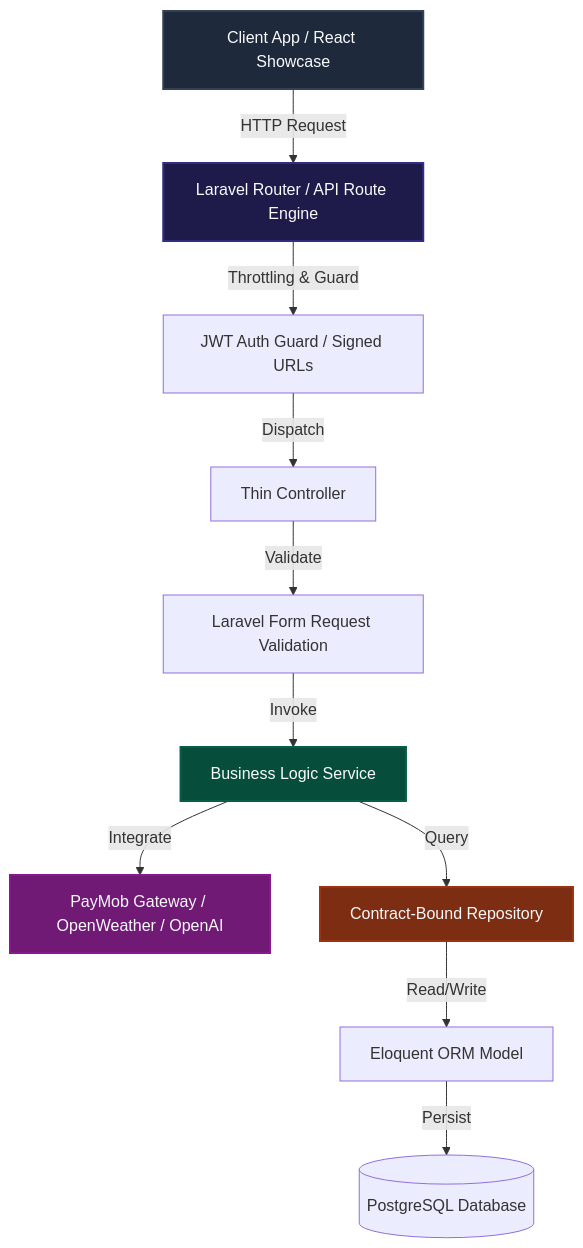
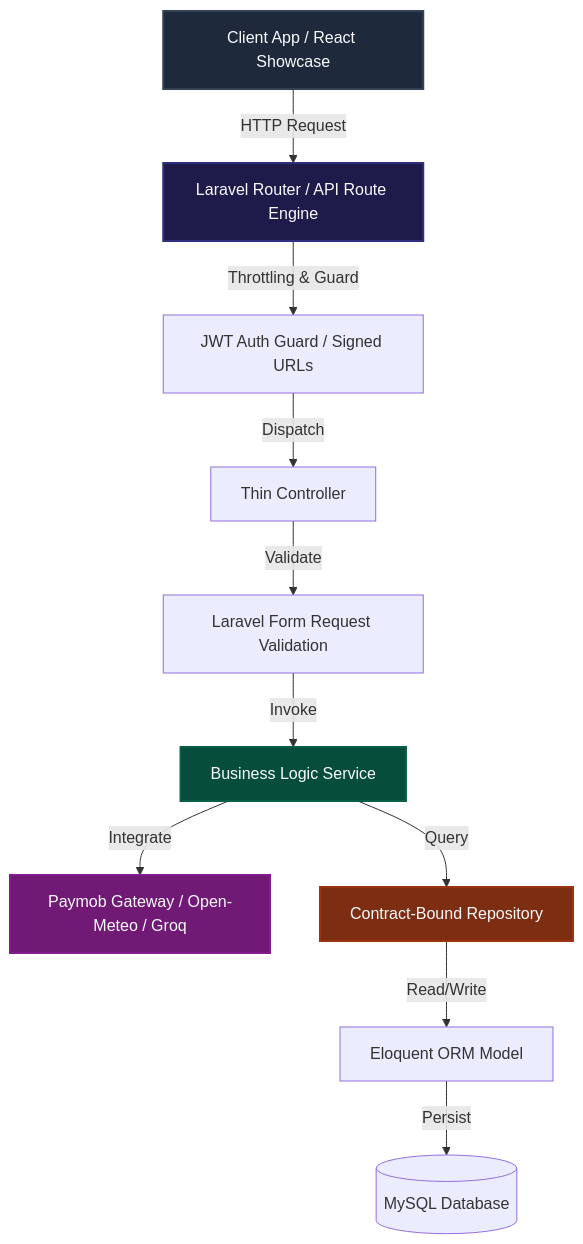
Before and after one commit to AhmedTyson/itinera-showcase: the diagram in apidog-import/guide-welcome.md, drawn with Mermaid. The commit also changed other lines of this file and 1 other file, not shown here.

````diff
--- a/apidog-import/guide-welcome.md
+++ b/apidog-import/guide-welcome.md
@@ -13,18 +35,18 @@
 ```mermaid
 graph TD
     Client[Client App / React Showcase] -->|HTTP Request| Router[Laravel Router / API Route Engine]
     Router -->|Throttling & Guard| AuthGuard[JWT Auth Guard / Signed URLs]
     AuthGuard -->|Dispatch| Controller[Thin Controller]
     Controller -->|Validate| FormRequest[Laravel Form Request Validation]
     FormRequest -->|Invoke| Service[Business Logic Service]
-    Service -->|Integrate| ExternalAPIs[PayMob Gateway / OpenWeather / OpenAI]
+    Service -->|Integrate| ExternalAPIs[Paymob Gateway / Open-Meteo / Groq]
     Service -->|Query| Repository[Contract-Bound Repository]
     Repository -->|Read/Write| Model[Eloquent ORM Model]
-    Model -->|Persist| DB[(PostgreSQL Database)]
-    
+    Model -->|Persist| DB[(MySQL Database)]
+
     style Client fill:#1e293b,stroke:#334155,stroke-width:2px,color:#f8fafc
     style Router fill:#1e1b4b,stroke:#312e81,stroke-width:2px,color:#f8fafc
     style Service fill:#064e3b,stroke:#065f46,stroke-width:2px,color:#f8fafc
     style ExternalAPIs fill:#701a75,stroke:#86198f,stroke-width:2px,color:#f8fafc
     style Repository fill:#7c2d12,stroke:#9a3412,stroke-width:2px,color:#f8fafc
 ```
````
